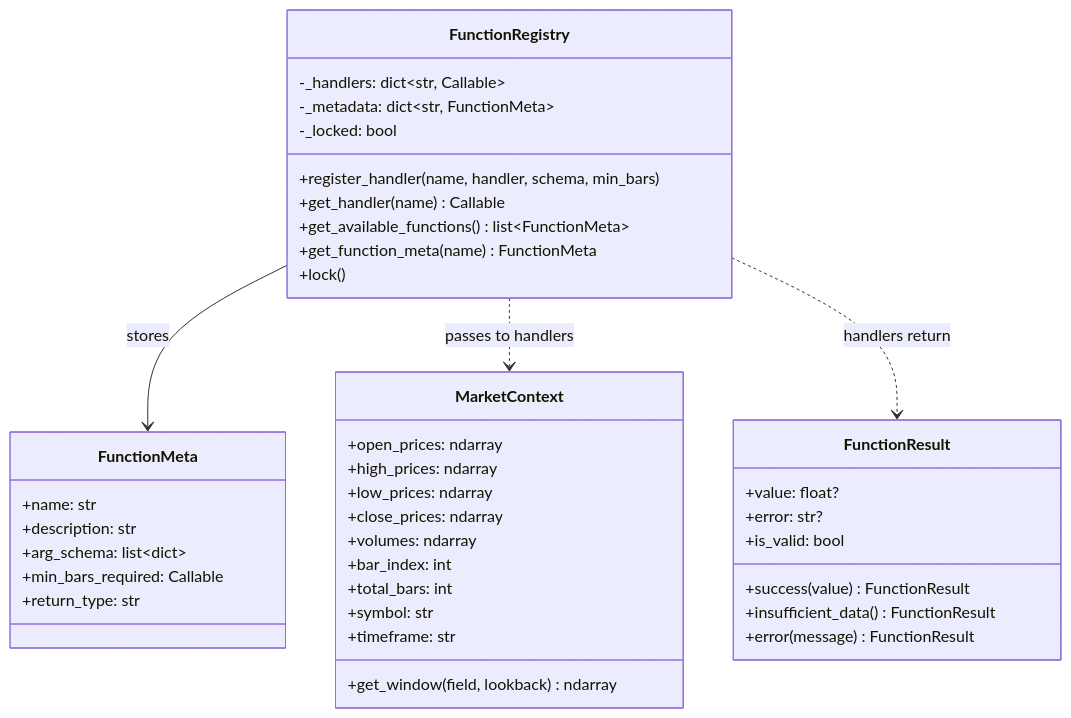
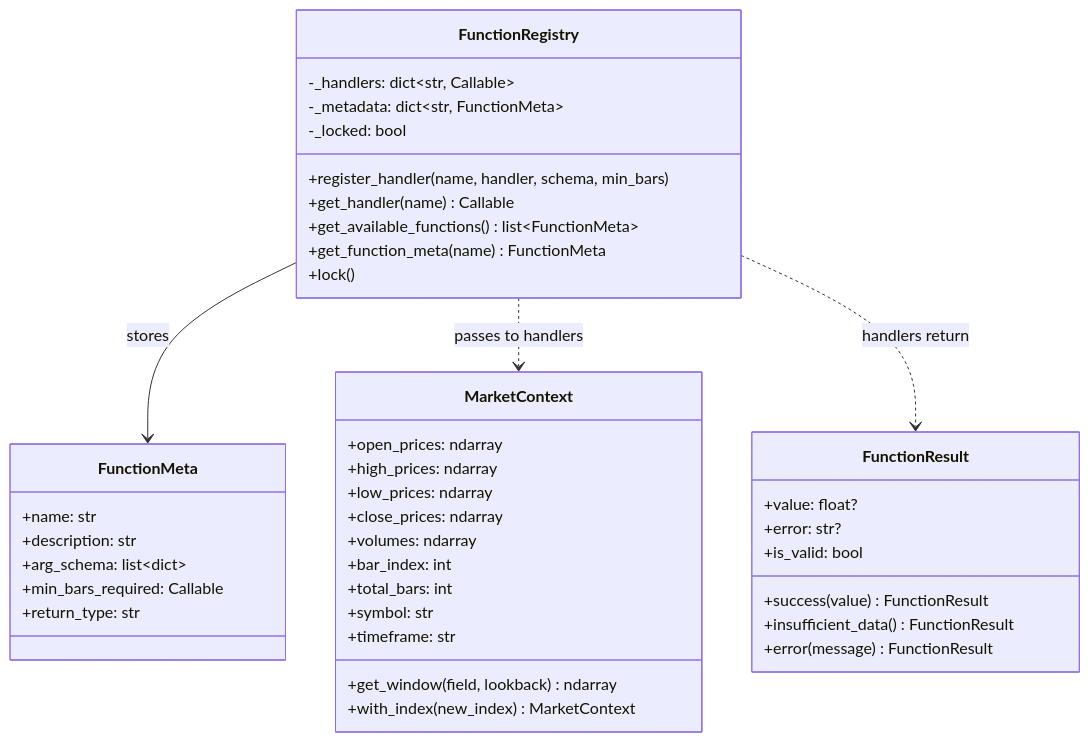
Before and after one commit to racoya/stockstats-lecat: the diagram in docs/03_Function_Registry_API.md, drawn with Mermaid. The commit also changed other lines of this file and 4 other files, not shown here.

````diff
--- a/docs/03_Function_Registry_API.md
+++ b/docs/03_Function_Registry_API.md
@@ -263,47 +290,48 @@
 ```mermaid
 classDiagram
     class FunctionRegistry {
         -_handlers: dict~str, Callable~
         -_metadata: dict~str, FunctionMeta~
         -_locked: bool
         +register_handler(name, handler, schema, min_bars)
         +get_handler(name) Callable
         +get_available_functions() list~FunctionMeta~
         +get_function_meta(name) FunctionMeta
         +lock()
     }
 
     class FunctionMeta {
         +name: str
         +description: str
         +arg_schema: list~dict~
         +min_bars_required: Callable
         +return_type: str
     }
 
     class MarketContext {
         +open_prices: ndarray
         +high_prices: ndarray
         +low_prices: ndarray
         +close_prices: ndarray
         +volumes: ndarray
         +bar_index: int
         +total_bars: int
         +symbol: str
         +timeframe: str
         +get_window(field, lookback) ndarray
+        +with_index(new_index) MarketContext
     }
 
     class FunctionResult {
         +value: float?
         +error: str?
         +is_valid: bool
         +success(value) FunctionResult
         +insufficient_data() FunctionResult
         +error(message) FunctionResult
     }
 
     FunctionRegistry --> FunctionMeta : stores
     FunctionRegistry ..> MarketContext : passes to handlers
     FunctionRegistry ..> FunctionResult : handlers return
 ```
````
